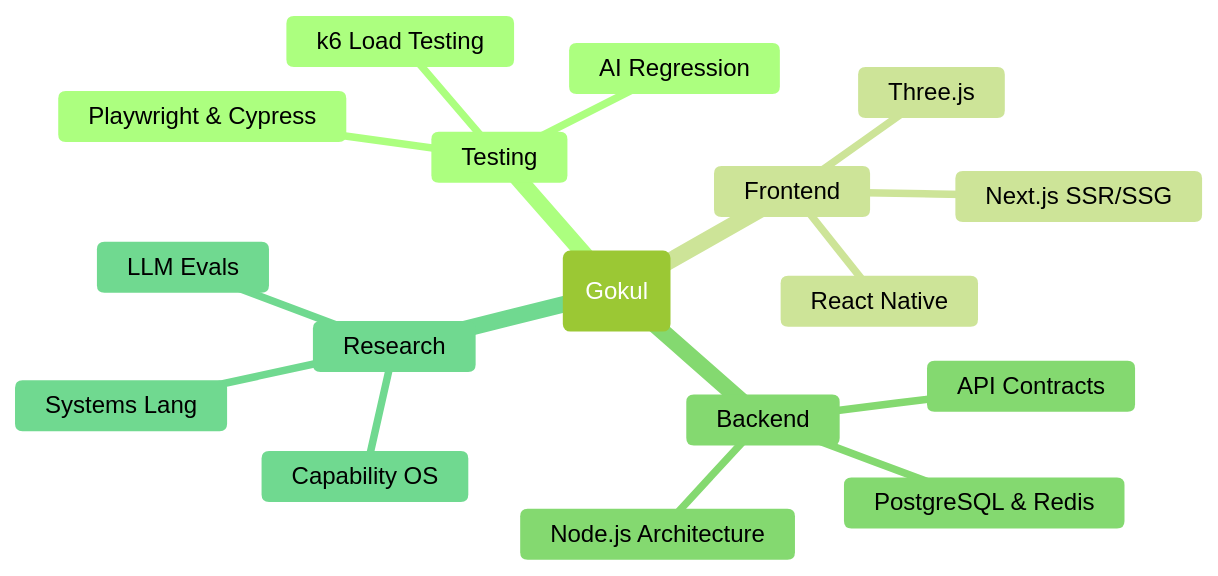
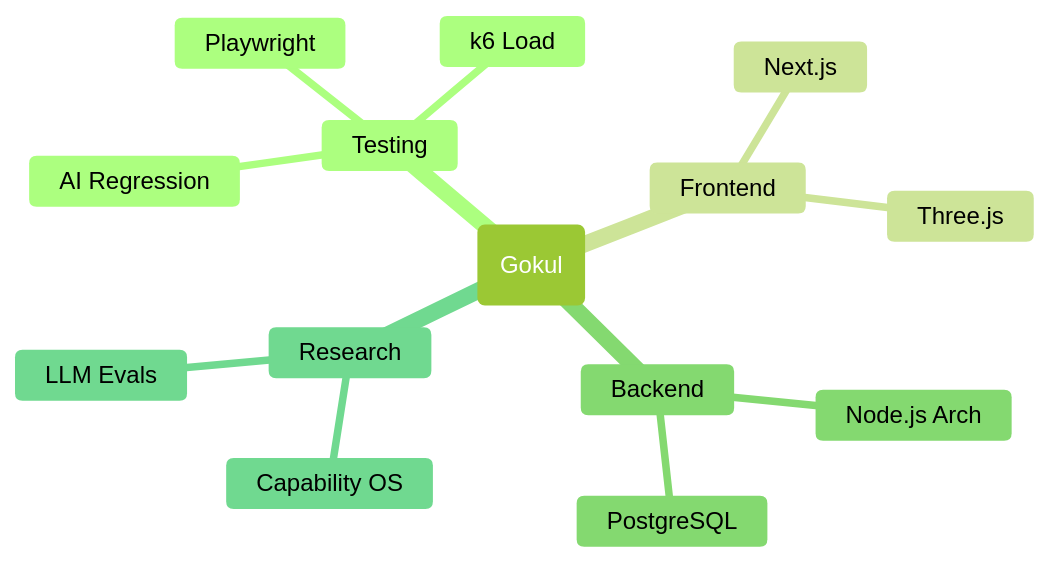
Before and after one commit to gokulsenthilkumar3/gokulsenthilkumar3: the diagram in README.md, drawn with Mermaid (forest theme). The commit also changed other lines of this file and 4 other files, not shown here.

````diff
--- a/README.md
+++ b/README.md
@@ -100,20 +128,17 @@
 ```mermaid
 mindmap
   root("Gokul")
     Testing
-      Playwright & Cypress
-      k6 Load Testing
+      Playwright
+      k6 Load
       AI Regression
     Frontend
-      Next.js SSR/SSG
-      React Native
+      Next.js
       Three.js
     Backend
-      Node.js Architecture
-      PostgreSQL & Redis
-      API Contracts
+      Node.js Arch
+      PostgreSQL
     Research
       Capability OS
-      Systems Lang
       LLM Evals
 ```
````
